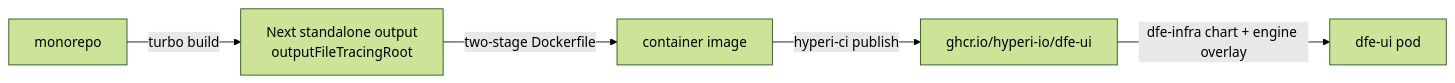
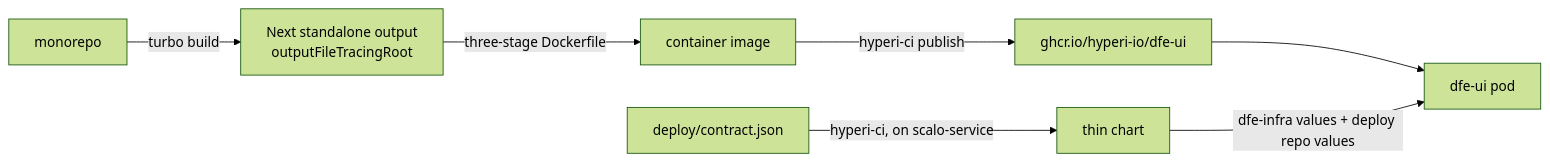
One commit to hyperi-io/dfe-ui changed the diagram in docs/build-and-deploy.md. Above: the diagram before and after it, drawn with Mermaid (forest theme). The commit also changed other lines of this file and 15 other files, not shown here.

````diff
--- a/docs/build-and-deploy.md
+++ b/docs/build-and-deploy.md
@@ -8,7 +5,9 @@
 ```mermaid
 flowchart LR
     SRC[monorepo] -->|turbo build| STAND[Next standalone output<br/>outputFileTracingRoot]
-    STAND -->|two-stage Dockerfile| IMG[container image]
+    STAND -->|three-stage Dockerfile| IMG[container image]
     IMG -->|hyperi-ci publish| REG[ghcr.io/hyperi-io/dfe-ui]
-    REG -->|dfe-infra chart + engine overlay| POD[dfe-ui pod]
+    CON[deploy/contract.json] -->|hyperi-ci, on scalo-service| CHART[thin chart]
+    REG --> POD[dfe-ui pod]
+    CHART -->|dfe-infra values + deploy repo values| POD
 ```
````
